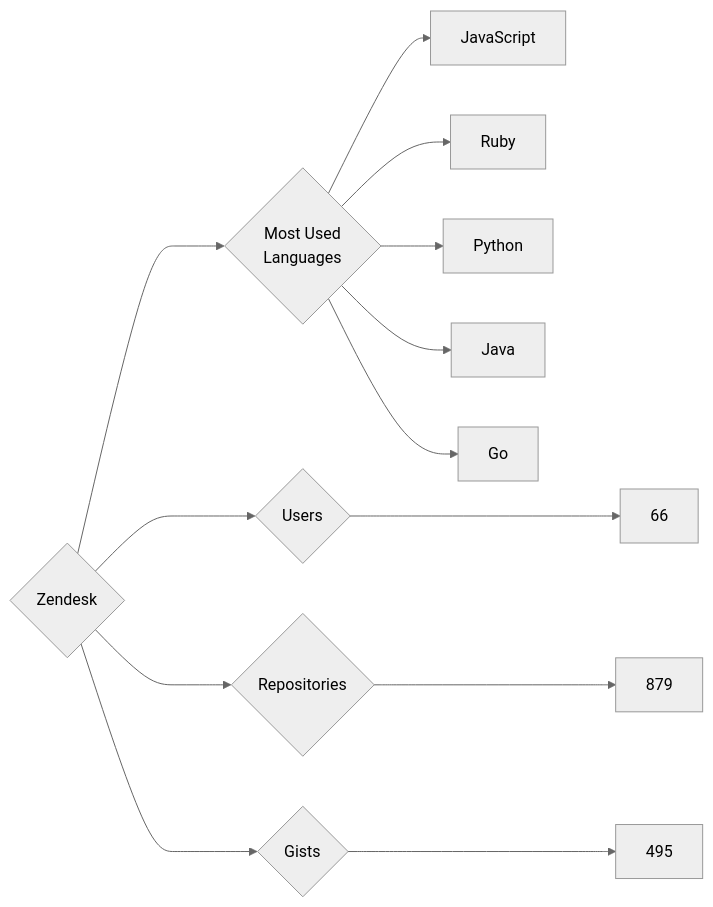
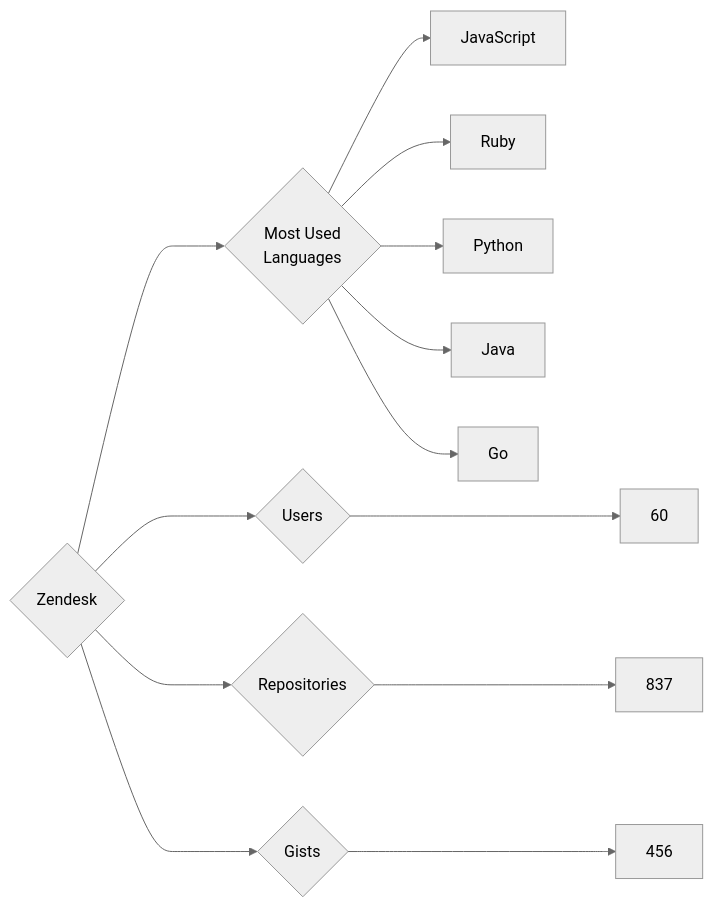
One commit to trickest/insiders changed the diagram in targets/Zendesk/README.md. Above: the diagram before and after it, drawn with Mermaid (neutral theme). The commit also changed 870 other files, not shown here.

````diff
--- a/targets/Zendesk/README.md
+++ b/targets/Zendesk/README.md
@@ -3,13 +3,13 @@
 ```mermaid
 graph LR
 COMPANY_NAME{Zendesk}
-COMPANY_NAME ---> U{Users} ---> UN[66]
-COMPANY_NAME ---> R{Repositories} ---> RN[879]
-COMPANY_NAME ---> G{Gists} ---> GN[495]
+COMPANY_NAME ---> U{Users} ---> UN[60]
+COMPANY_NAME ---> R{Repositories} ---> RN[837]
+COMPANY_NAME ---> G{Gists} ---> GN[456]
 COMPANY_NAME ---> ML{Most Used<br>Languages}
 ML --> JavaScript[JavaScript]
 ML --> Ruby[Ruby]
 ML --> Python[Python]
 ML --> Java[Java]
 ML --> Go[Go]
 ```
````
